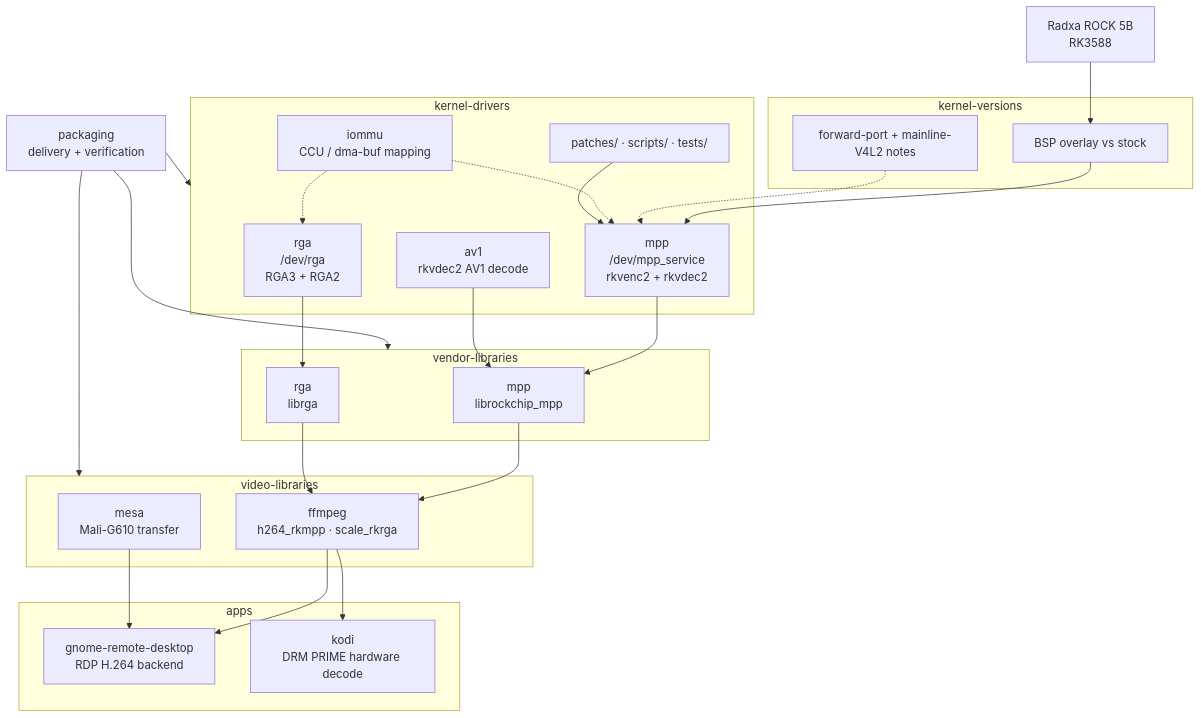
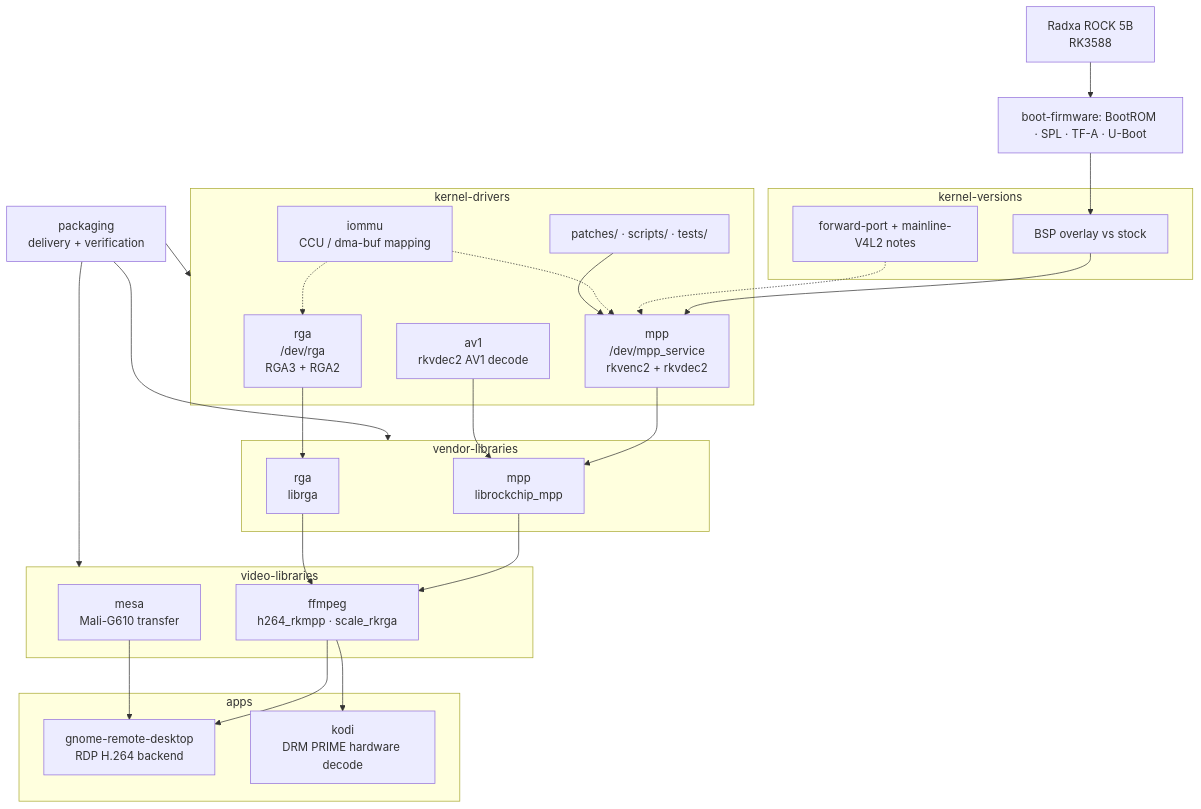
Before and after one commit to yisding/rock-5b-ysp: the diagram in docs/work-packages.md, drawn with Mermaid. The commit also changed other lines of this file and 17 other files, not shown here.

Commit message:
Document ROCK 5B U-Boot architecture

````diff
--- a/docs/work-packages.md
+++ b/docs/work-packages.md
@@ -29,49 +29,50 @@
 ```mermaid
 flowchart TB
   board["Radxa ROCK 5B<br/>RK3588"]
+  boot["boot-firmware: BootROM · SPL · TF-A · U-Boot"]
 
   subgraph kver["kernel-versions"]
     bsp["BSP overlay vs stock"]
     fport["forward-port + mainline-V4L2 notes"]
   end
 
   subgraph kernel["kernel-drivers"]
     mpp["mpp<br/>/dev/mpp_service<br/>rkvenc2 + rkvdec2"]
     rga["rga<br/>/dev/rga<br/>RGA3 + RGA2"]
     av1["av1<br/>rkvdec2 AV1 decode"]
     iommu["iommu<br/>CCU / dma-buf mapping"]
     kart["patches/ · scripts/ · tests/"]
   end
 
   subgraph libs["vendor-libraries"]
     libmpp["mpp<br/>librockchip_mpp"]
     librga["rga<br/>librga"]
   end
 
   subgraph video["video-libraries"]
     ffmpeg["ffmpeg<br/>h264_rkmpp · scale_rkrga"]
     mesa["mesa<br/>Mali-G610 transfer"]
   end
 
   subgraph apps["apps"]
     grd["gnome-remote-desktop<br/>RDP H.264 backend"]
     kodi["kodi<br/>DRM PRIME hardware decode"]
   end
 
   packaging["packaging<br/>delivery + verification"]
 
-  board --> bsp
+  board --> boot --> bsp
   bsp --> mpp
   fport -.-> mpp
   mpp --> libmpp --> ffmpeg --> grd
   ffmpeg --> kodi
   rga --> librga --> ffmpeg
   av1 --> libmpp
   iommu -.-> mpp
   iommu -.-> rga
   mesa --> grd
   packaging --> kernel
   packaging --> libs
   packaging --> video
   kart --> mpp
 ```
````
